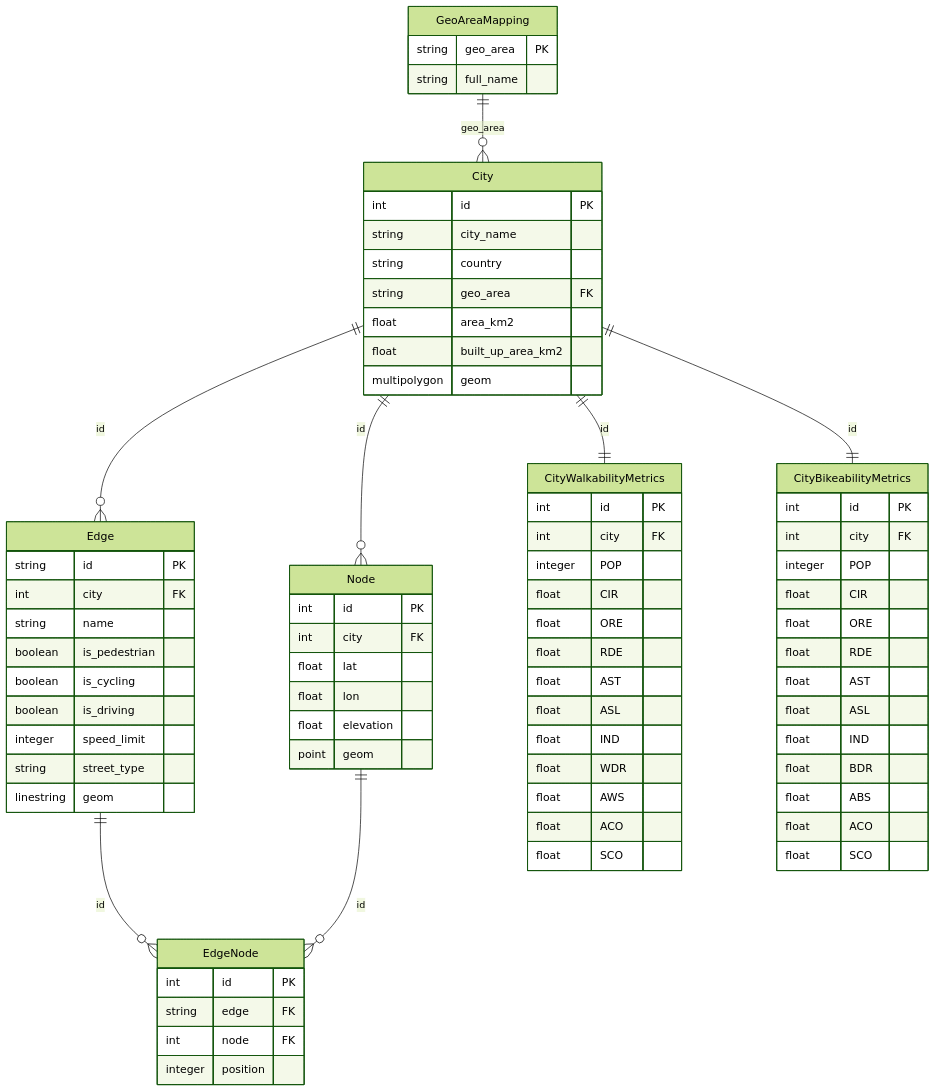
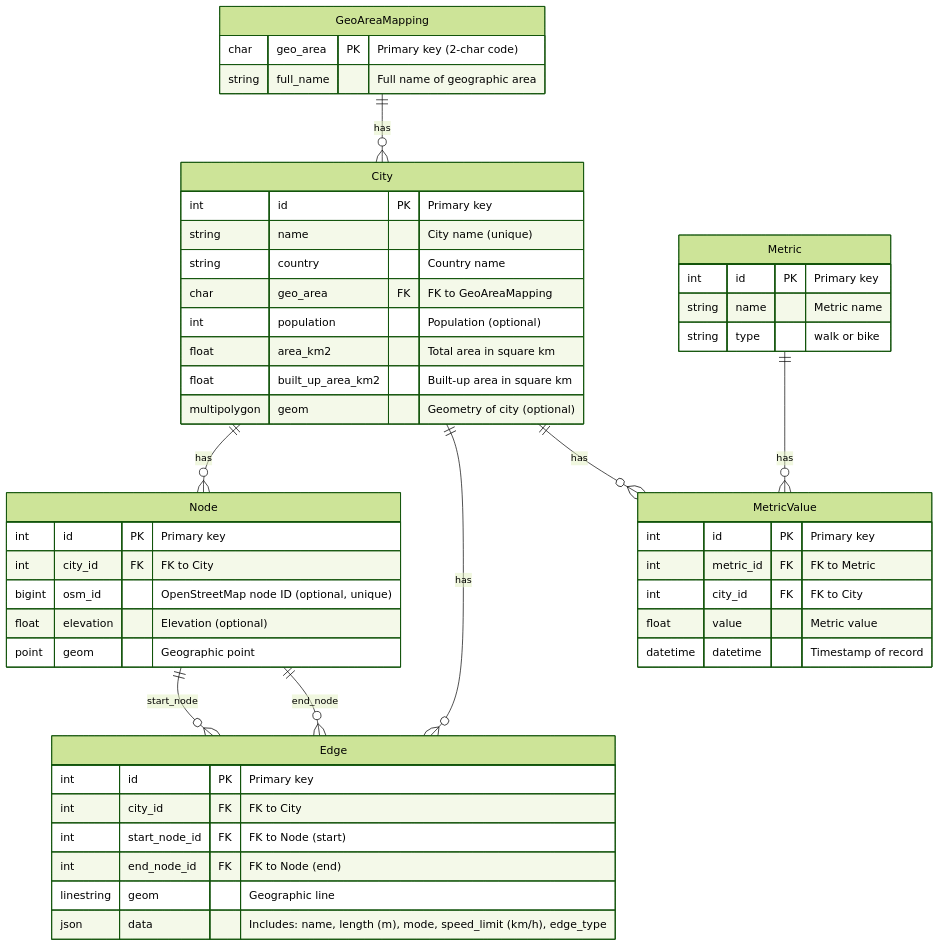
The diagram in README.md (tanxiaoo/city_network_analysis), drawn with Mermaid (forest theme) before and after one commit. The commit also changed other lines of this file and 5 other files, not shown here.

````diff
--- a/README.md
+++ b/README.md
@@ -58,85 +41,57 @@
 ```mermaid
 erDiagram
-    GeoAreaMapping ||--o{ City : "geo_area"
-    City ||--o{ Node : "id"
-    City ||--o{ Edge : "id"
-    City ||--|| CityWalkabilityMetrics : "id"
-    City ||--|| CityBikeabilityMetrics : "id"
-    Edge ||--o{ EdgeNode : "id"
-    Node ||--o{ EdgeNode : "id"
+    GeoAreaMapping ||--o{ City : "has"
+    City ||--o{ Node : "has"
+    City ||--o{ Edge : "has"
+    City ||--o{ MetricValue : "has"
+    Metric ||--o{ MetricValue : "has"
+    Node ||--o{ Edge : "start_node"
+    Node ||--o{ Edge : "end_node"
 
     GeoAreaMapping {
-        string geo_area PK
-        string full_name
+        char geo_area PK "Primary key (2-char code)"
+        string full_name "Full name of geographic area"
     }
 
     City {
-        int id PK
-        string city_name
-        string country
-        string geo_area FK
-        float area_km2
-        float built_up_area_km2
-        multipolygon geom
+        int id PK "Primary key"
+        string name "City name (unique)"
+        string country "Country name"
+        char geo_area FK "FK to GeoAreaMapping"
+        int population "Population (optional)"
+        float area_km2 "Total area in square km"
+        float built_up_area_km2 "Built-up area in square km"
+        multipolygon geom "Geometry of city (optional)"
+    }
+
+    Metric {
+        int id PK "Primary key"
+        string name "Metric name"
+        string type "walk or bike"
+    }
+
+    MetricValue {
+        int id PK "Primary key"
+        int metric_id FK "FK to Metric"
+        int city_id FK "FK to City"
+        float value "Metric value"
+        datetime datetime "Timestamp of record"
     }
 
     Node {
-        int id PK
-        int city FK
-        float lat
-        float lon
-        float elevation
-        point geom
+        int id PK "Primary key"
+        int city_id FK "FK to City"
+        bigint osm_id "OpenStreetMap node ID (optional, unique)"
+        float elevation "Elevation (optional)"
+        point geom "Geographic point"
     }
 
     Edge {
-        string id PK
-        int city FK
-        string name
-        boolean is_pedestrian
-        boolean is_cycling
-        boolean is_driving
-        integer speed_limit
-        string street_type
-        linestring geom
-    }
-
-    EdgeNode {
-        int id PK
-        string edge FK
-        int node FK
-        integer position
-    }
-
-    CityWalkabilityMetrics {
-        int id PK
-        int city FK
-        integer POP
-        float CIR
-        float ORE
-        float RDE
-        float AST
-        float ASL
-        float IND
-        float WDR
-        float AWS
-        float ACO
-        float SCO
-    }
-
-    CityBikeabilityMetrics {
-        int id PK
-        int city FK
-        integer POP
-        float CIR
-        float ORE
-        float RDE
-        float AST
-        float ASL
-        float IND
-        float BDR
-        float ABS
-        float ACO
-        float SCO
+        int id PK "Primary key"
+        int city_id FK "FK to City"
+        int start_node_id FK "FK to Node (start)"
+        int end_node_id FK "FK to Node (end)"
+        linestring geom "Geographic line"
+        json data "Includes: name, length (m), mode, speed_limit (km/h), edge_type"
     }
 ```
````
